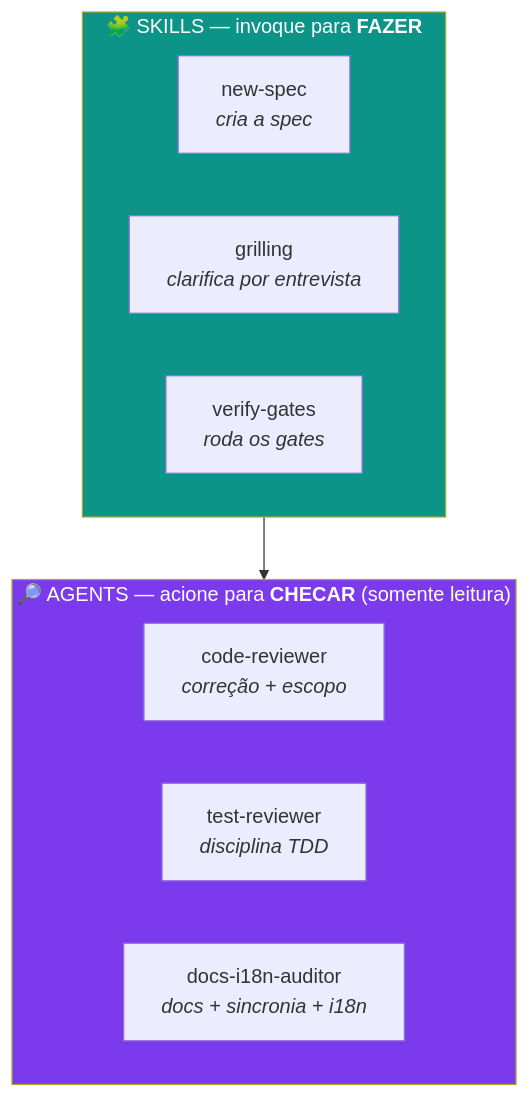
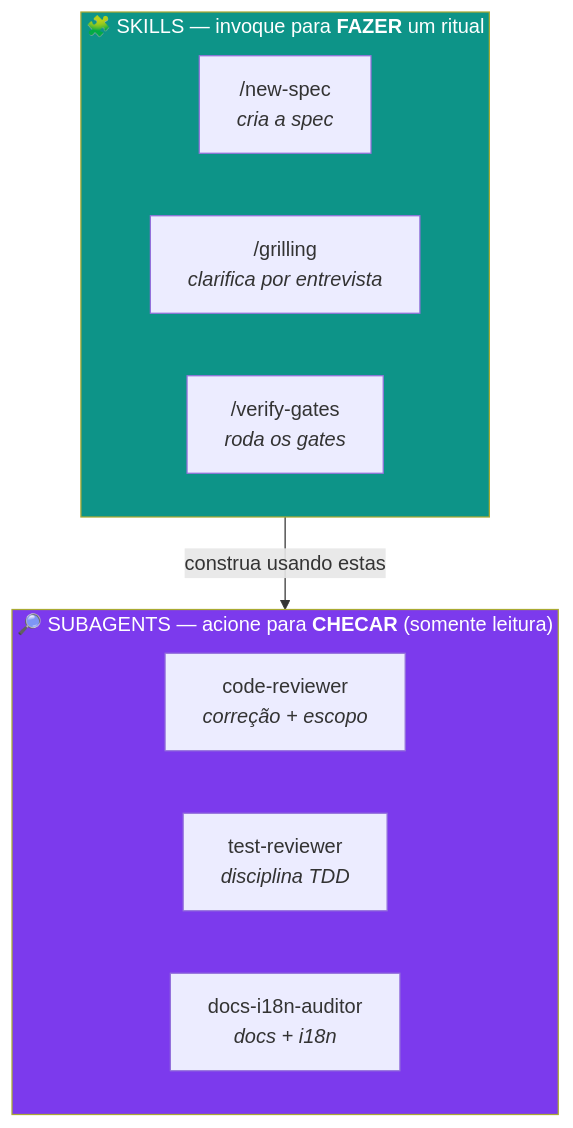
One commit to reginaldosilva27/agent-coding-template changed the fourth of 6 diagrams in README.pt-BR.md. Above: the diagram before and after it, drawn with Mermaid. The commit also changed other lines of this file and 1 other file, not shown here.

````diff
--- a/README.pt-BR.md
+++ b/README.pt-BR.md
@@ -305,21 +228,21 @@
 ```mermaid
 flowchart TB
-    subgraph SK["🧩 SKILLS — invoque para <b>FAZER</b>"]
+    subgraph SK["🧩 SKILLS — invoque para <b>FAZER</b> um ritual"]
         direction LR
-        S1["new-spec<br/><i>cria a spec</i>"]
-        S2["grilling<br/><i>clarifica por entrevista</i>"]
-        S3["verify-gates<br/><i>roda os gates</i>"]
+        S1["/new-spec<br/><i>cria a spec</i>"]
+        S2["/grilling<br/><i>clarifica por entrevista</i>"]
+        S3["/verify-gates<br/><i>roda os gates</i>"]
     end
 
-    subgraph AG["🔎 AGENTS — acione para <b>CHECAR</b> (somente leitura)"]
+    subgraph AG["🔎 SUBAGENTS — acione para <b>CHECAR</b> (somente leitura)"]
         direction LR
         A1["code-reviewer<br/><i>correção + escopo</i>"]
         A2["test-reviewer<br/><i>disciplina TDD</i>"]
-        A3["docs-i18n-auditor<br/><i>docs + sincronia + i18n</i>"]
+        A3["docs-i18n-auditor<br/><i>docs + i18n</i>"]
     end
 
-    SK --> AG
+    SK -->|"construa usando estas"| AG
 
     style SK fill:#0d9488,color:#fff
     style AG fill:#7c3aed,color:#fff
 ```
````
